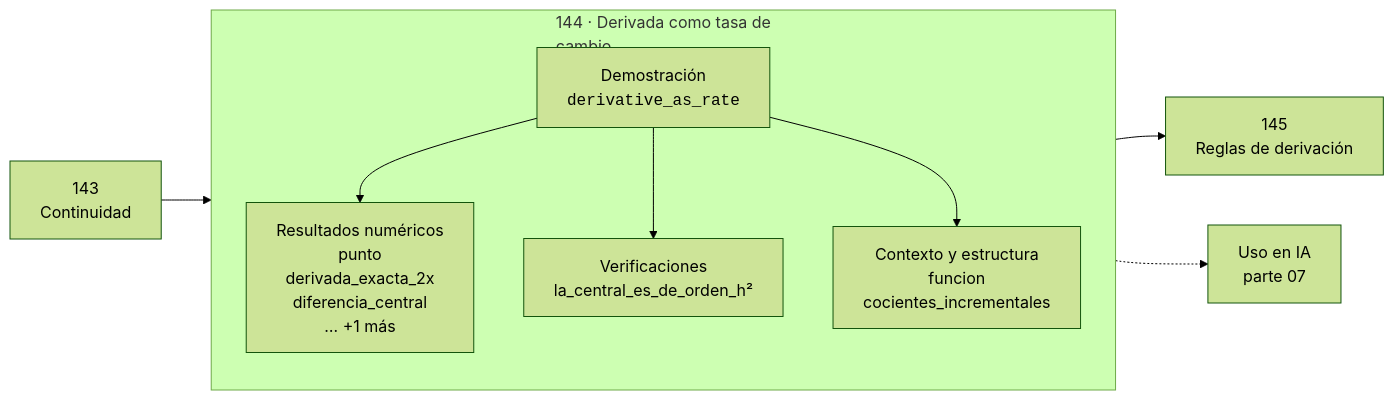
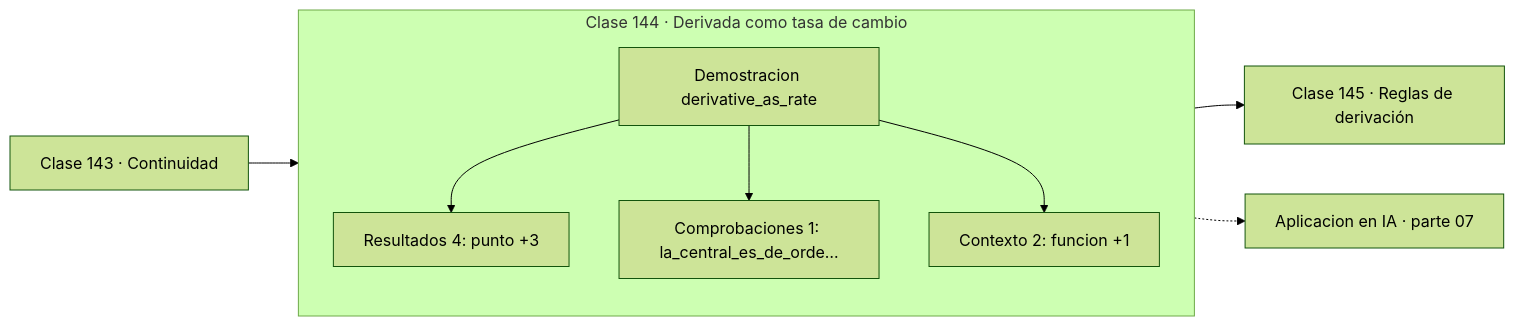
One commit to vladimiracunadev-create/computational-mathematics-program changed the diagram in classes/part-07-calculo-diferencial-e-integral/144-derivada-como-tasa-de-cambio/README.md. Above: the diagram before and after it, drawn with Mermaid (forest theme). The commit also changed 389 other files, not shown here.

First line of the commit message:
fix(diagramas): elimina el HTML de las etiquetas Mermaid

````diff
--- a/classes/part-07-calculo-diferencial-e-integral/144-derivada-como-tasa-de-cambio/README.md
+++ b/classes/part-07-calculo-diferencial-e-integral/144-derivada-como-tasa-de-cambio/README.md
@@ -30,12 +30,13 @@
 ```mermaid
 flowchart LR
-    P["143<br/>Continuidad"] --> C
-    subgraph C["144 · Derivada como tasa de<br/>cambio"]
+    P["Clase 143 · Continuidad"] --> D
+    subgraph CLASE["Clase 144 · Derivada como tasa de cambio"]
         direction TB
-        D["Demostración<br/><code>derivative_as_rate</code>"] --> R["Resultados numéricos<br/>punto<br/>derivada_exacta_2x<br/>diferencia_central<br/>… +1 más"]
-        D --> V["Verificaciones<br/>la_central_es_de_orden_h²"]
-        D --> O["Contexto y estructura<br/>funcion<br/>cocientes_incrementales"]
+        D["Demostracion derivative_as_rate"]
+        D --> R["Resultados 4: punto +3"]
+        D --> V["Comprobaciones 1: la_central_es_de_orde…"]
+        D --> O["Contexto 2: funcion +1"]
     end
-    C --> N["145<br/>Reglas de derivación"]
-    C -.-> IA["Uso en IA<br/>parte 07"]
+    R --> N["Clase 145 · Reglas de derivación"]
+    V -.-> IA["Aplicacion en IA · parte 07"]
 ```
````
